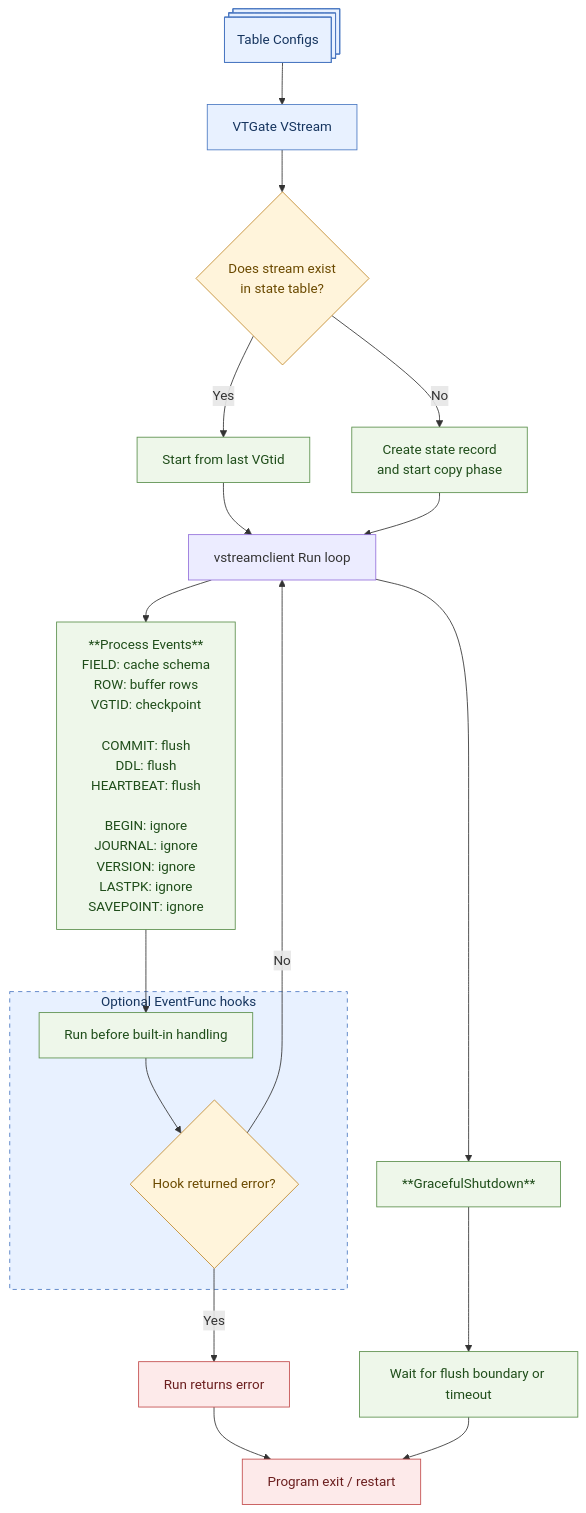
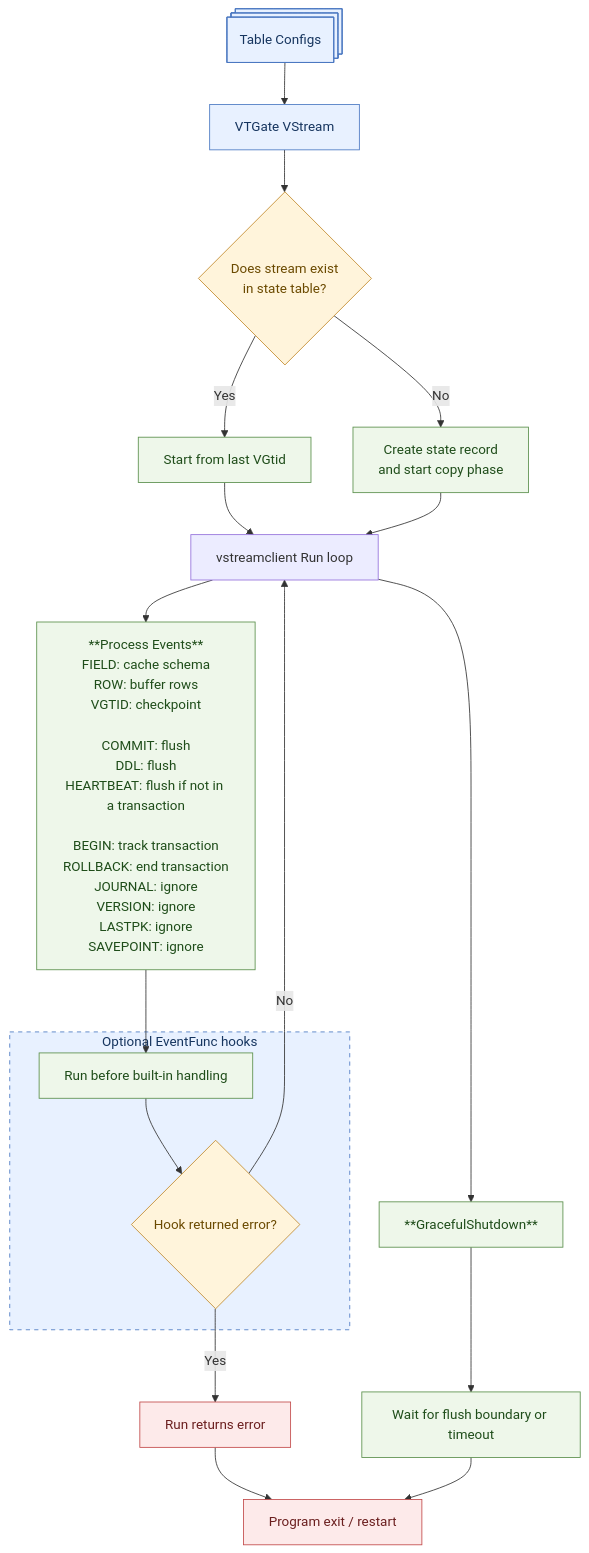
The first of 2 diagrams in go/vt/vstreamclient/README.md (vitessio/vitess), drawn with Mermaid before and after one commit. The commit also changed other lines of this file and 2 other files, not shown here.

First line of the commit message:
vstreamclient: treat ROLLBACK as a transaction-terminating event

````diff
--- a/go/vt/vstreamclient/README.md
+++ b/go/vt/vstreamclient/README.md
@@ -88,41 +88,41 @@
 ```mermaid
 flowchart TD
     A@{ shape: processes, label: "Table Configs" } --> B[VTGate VStream]
     B --> S{Does stream exist<br/>in state table?}
     S -->|Yes| T[Start from last VGtid]
     S -->|No| U[Create state record<br/>and start copy phase]
     T --> C[vstreamclient Run loop]
     U --> C
-    C --> D[**Process Events**<br/>FIELD: cache schema<br/>ROW: buffer rows<br/>VGTID: checkpoint<br/><br>COMMIT: flush<br>DDL: flush<br>HEARTBEAT: flush<br/><br>BEGIN: ignore<br/>JOURNAL: ignore<br>VERSION: ignore<br>LASTPK: ignore<br>SAVEPOINT: ignore]
+    C --> D[**Process Events**<br/>FIELD: cache schema<br/>ROW: buffer rows<br/>VGTID: checkpoint<br/><br>COMMIT: flush<br>DDL: flush<br>HEARTBEAT: flush if not in a transaction<br/><br>BEGIN: track transaction<br/>ROLLBACK: end transaction<br/>JOURNAL: ignore<br>VERSION: ignore<br>LASTPK: ignore<br>SAVEPOINT: ignore]
 
     subgraph HOOKS[Optional EventFunc hooks]
         H[Run before built-in handling]
         I{Hook returned error?}
         H --> I
     end
 	D --> H
 
     I -->|Yes| J[Run returns error]
     I -->|No| C
 
     C --> K[**GracefulShutdown**]
     K --> L[Wait for flush boundary or timeout]
 
     J --> Z[Program exit / restart]
     L --> Z
 
     classDef source fill:#e8f1ff,stroke:#4a78c2,color:#16355f;
     classDef event fill:#eef7ea,stroke:#5a8f4b,color:#1f4d1a;
     classDef decision fill:#fff4db,stroke:#c28a2c,color:#6b4a00;
     classDef stop fill:#fdeaea,stroke:#c24a4a,color:#6b1f1f;
     classDef clean fill:#eef7ea,stroke:#5a8f4b,color:#1f4d1a;
     class A,B source;
     class S decision;
     class T,U clean;
     class D,H event;
     class I decision;
     class J,Z stop;
     class K,L clean;
     style HOOKS stroke-dasharray: 5 5
     style HOOKS fill:#e8f1ff,stroke:#4a78c2,color:#16355f
 ```
````
